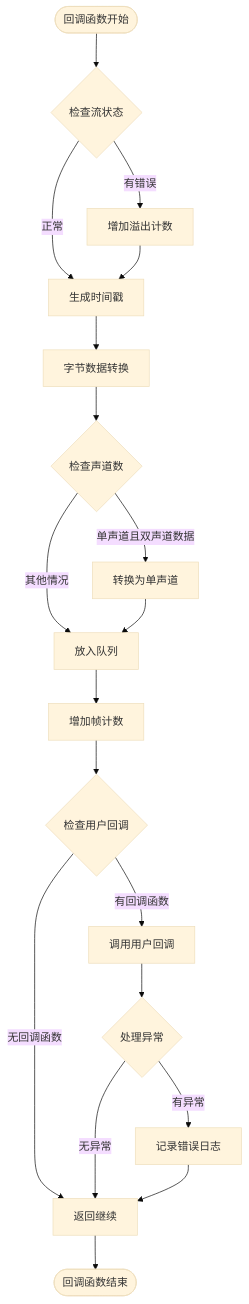
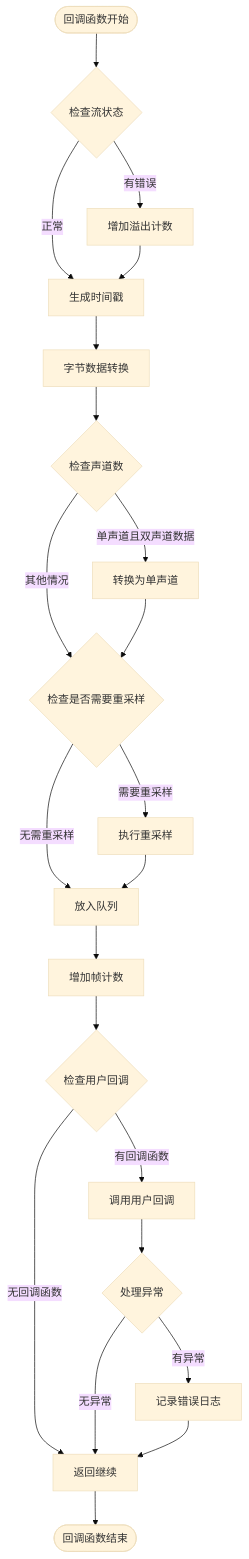
One commit to cir9no/VRChatSocialAssistant changed the fifth of 16 diagrams in .qoder/repowiki/zh/content/音频采集模块/AudioCapturer类.md. Above: the diagram before and after it, drawn with Mermaid (base theme). The commit also changed other lines of this file and 9 other files, not shown here.

````diff
--- a/.qoder/repowiki/zh/content/音频采集模块/AudioCapturer类.md
+++ b/.qoder/repowiki/zh/content/音频采集模块/AudioCapturer类.md
@@ -265,21 +266,24 @@
 ```mermaid
 flowchart TD
 Start([回调函数开始]) --> CheckStatus{检查流状态}
 CheckStatus --> |有错误| IncOverflow[增加溢出计数]
 CheckStatus --> |正常| GenTimestamp[生成时间戳]
 IncOverflow --> GenTimestamp
 GenTimestamp --> ConvertData[字节数据转换]
 ConvertData --> CheckChannels{检查声道数}
 CheckChannels --> |单声道且双声道数据| ConvertToMono[转换为单声道]
-CheckChannels --> |其他情况| PutQueue[放入队列]
-ConvertToMono --> PutQueue
+CheckChannels --> |其他情况| CheckResample{检查是否需要重采样}
+ConvertToMono --> CheckResample
+CheckResample --> |需要重采样| ResampleAudio[执行重采样]
+CheckResample --> |无需重采样| PutQueue[放入队列]
+ResampleAudio --> PutQueue
 PutQueue --> IncFrames[增加帧计数]
 IncFrames --> CheckCallback{检查用户回调}
 CheckCallback --> |有回调函数| CallUserCallback[调用用户回调]
 CheckCallback --> |无回调函数| Return[返回继续]
 CallUserCallback --> HandleError{处理异常}
 HandleError --> |有异常| LogError[记录错误日志]
 HandleError --> |无异常| Return
 LogError --> Return
 Return --> End([回调函数结束])
 ```
````
